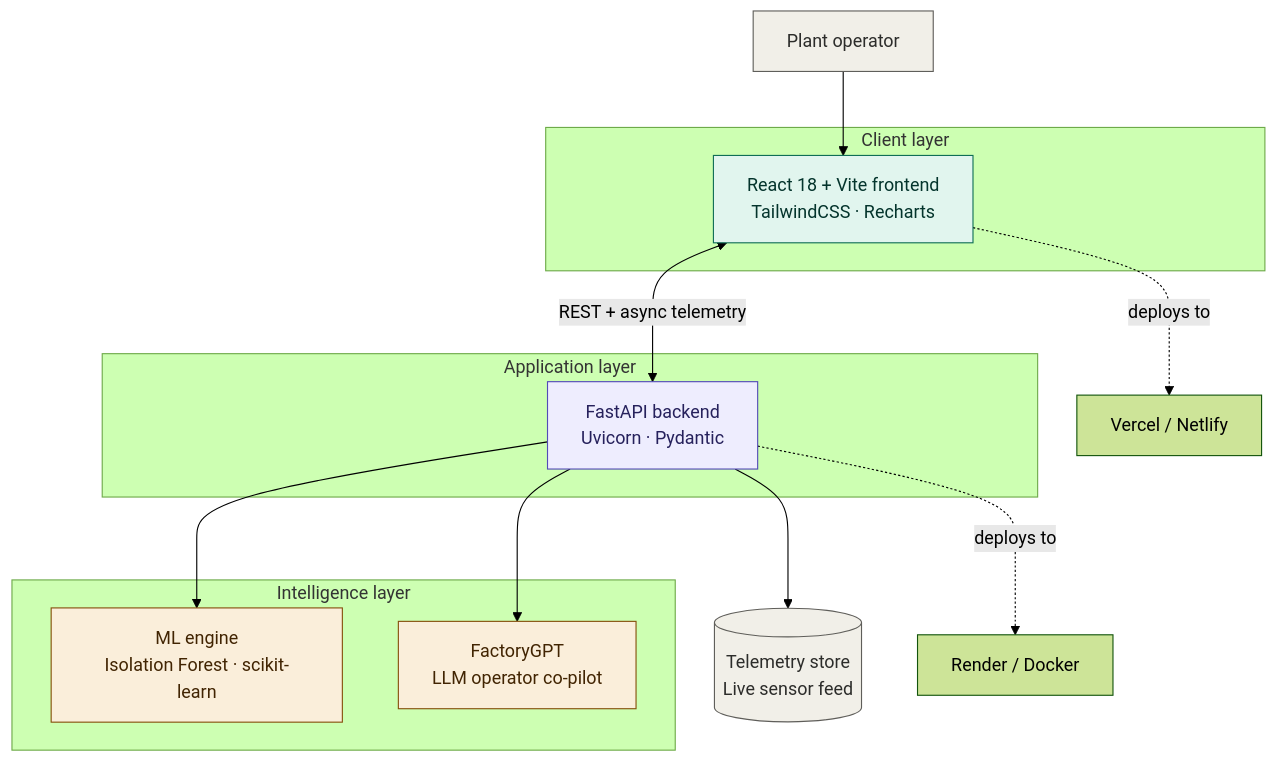
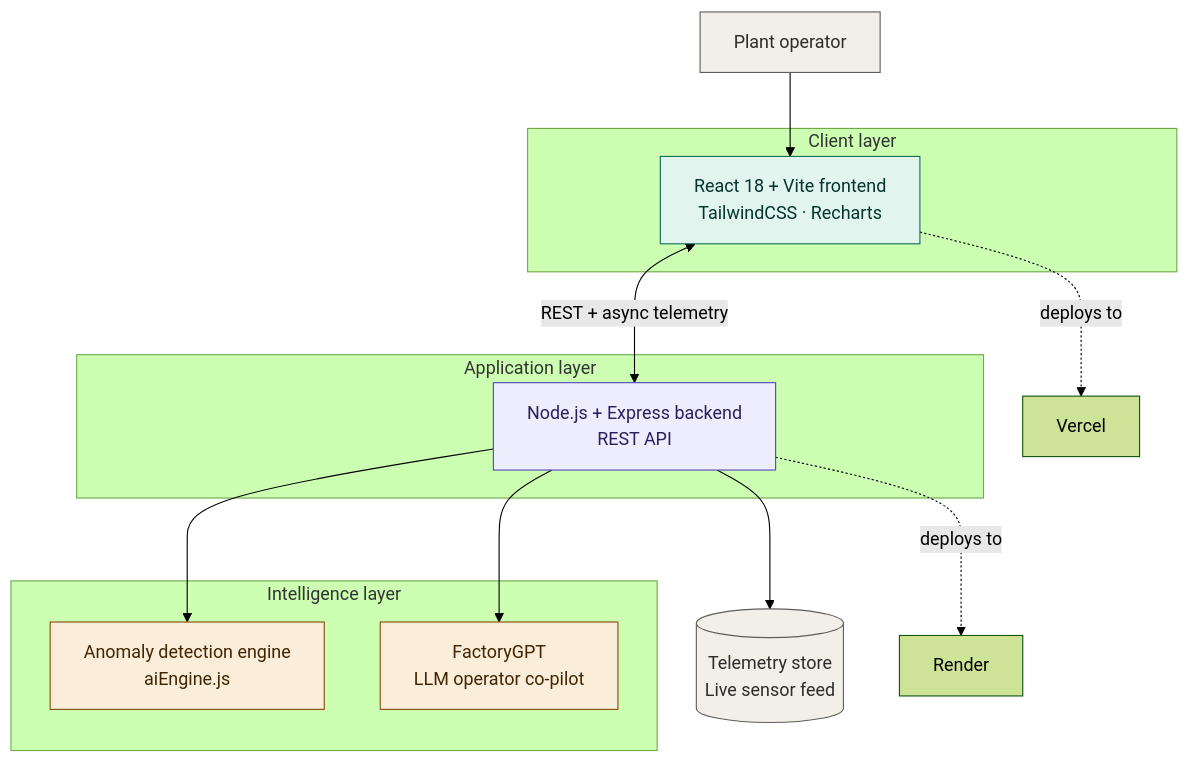
Before and after one commit to Priyanshi0907/NexFactory: the diagram in README.md, drawn with Mermaid (forest theme). The commit also changed other lines of this file, not shown here.

````diff
--- a/README.md
+++ b/README.md
@@ -90,37 +90,37 @@
 ```mermaid
 flowchart TB
     U["Plant operator"]
 
     subgraph Client["Client layer"]
         FE["React 18 + Vite frontend<br/>TailwindCSS · Recharts"]
     end
 
     subgraph Server["Application layer"]
-        BE["FastAPI backend<br/>Uvicorn · Pydantic"]
+        BE["Node.js + Express backend<br/>REST API"]
     end
 
     subgraph Intelligence["Intelligence layer"]
-        ML["ML engine<br/>Isolation Forest · scikit-learn"]
+        ML["Anomaly detection engine<br/>aiEngine.js"]
         GPT["FactoryGPT<br/>LLM operator co-pilot"]
     end
 
     DB[("Telemetry store<br/>Live sensor feed")]
 
     U --> FE
     FE <-->|"REST + async telemetry"| BE
     BE --> ML
     BE --> GPT
     BE --> DB
 
-    FE -. deploys to .-> VER["Vercel / Netlify"]
-    BE -. deploys to .-> DOC["Render / Docker"]
+    FE -. deploys to .-> VER["Vercel"]
+    BE -. deploys to .-> DOC["Render"]
 
     classDef client fill:#E1F5EE,stroke:#0F6E56,color:#04342C;
     classDef server fill:#EEEDFE,stroke:#534AB7,color:#26215C;
     classDef intel fill:#FAEEDA,stroke:#854F0B,color:#412402;
     classDef store fill:#F1EFE8,stroke:#5F5E5A,color:#2C2C2A;
     class FE client;
     class BE server;
     class ML,GPT intel;
     class DB,U store;
 ```
````
